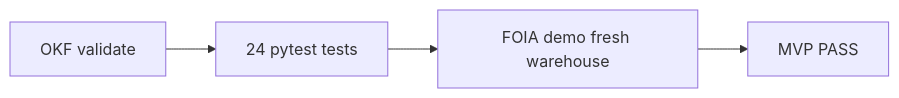
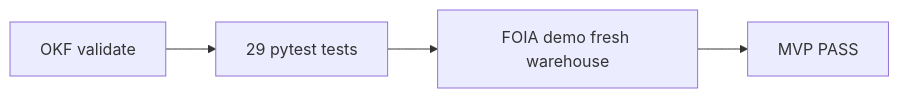
The diagram in docs/GETTING-STARTED.md (khaosans/operator-etl), drawn with Mermaid before and after one commit. The commit also changed 25 other files, not shown here.

````diff
--- a/docs/GETTING-STARTED.md
+++ b/docs/GETTING-STARTED.md
@@ -60,6 +60,6 @@
 ```mermaid
 flowchart LR
-  OKF[OKF validate] --> pytest[24 pytest tests]
+  OKF[OKF validate] --> pytest[29 pytest tests]
   pytest --> demo[FOIA demo fresh warehouse]
   demo --> pass[MVP PASS]
 ```
````
